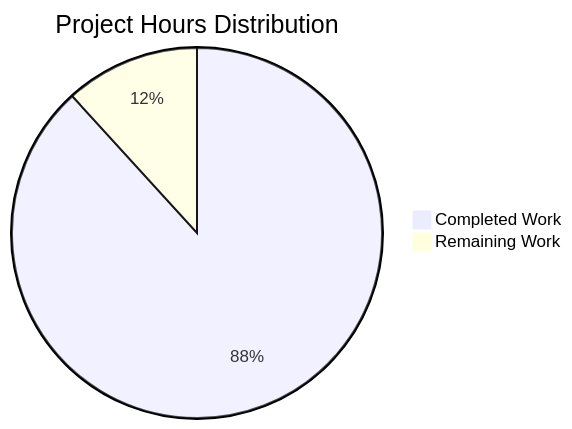
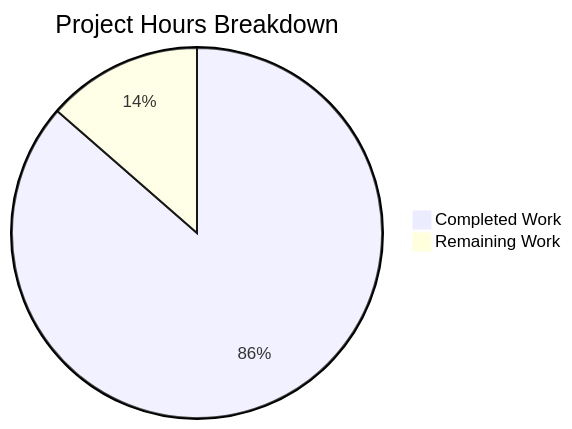
The diagram in blitzy/documentation/Project Guide.md (lakshya-blitzy/Dec_repo_with_valid_mul_files), drawn with Mermaid before and after one commit. The commit also changed other lines of this file, not shown here.

Commit message:
Adding Blitzy Project Guide: Project Status and Human Tasks Remaining

````diff
--- a/blitzy/documentation/Project Guide.md
+++ b/blitzy/documentation/Project Guide.md
@@ -28,5 +60,5 @@
 ```mermaid
-pie title Project Hours Distribution
-    "Completed Work" : 60
-    "Remaining Work" : 8
+pie title Project Hours Breakdown
+    "Completed Work" : 70
+    "Remaining Work" : 11
 ```
````
